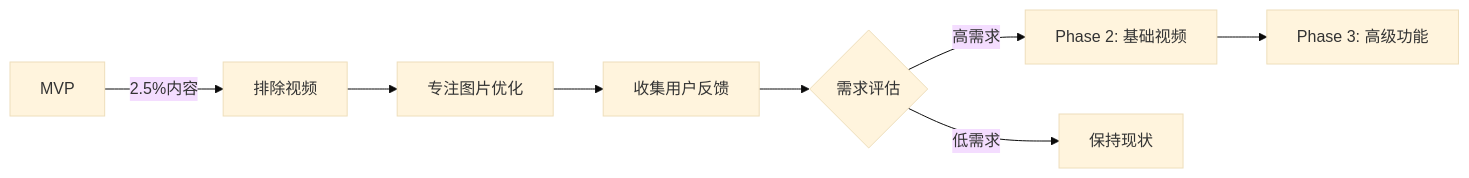
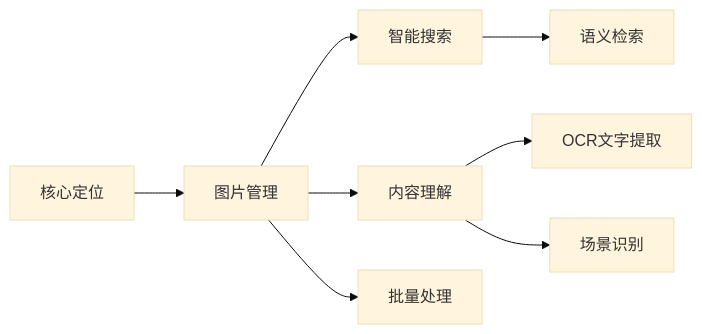
Before and after one commit to jasl/vibe_photos_v3: the diagram in blueprints/phase_final/research/OPTIMIZATION_SUMMARY.md, drawn with Mermaid (base theme). The commit also changed other lines of this file and 6 other files, not shown here.

````diff
--- a/blueprints/phase_final/research/OPTIMIZATION_SUMMARY.md
+++ b/blueprints/phase_final/research/OPTIMIZATION_SUMMARY.md
@@ -72,10 +70,10 @@
 ```mermaid
 graph LR
-    A[MVP] -->|2.5%内容| B[排除视频]
-    B --> C[专注图片优化]
-    C --> D[收集用户反馈]
-    D --> E{需求评估}
-    E -->|高需求| F[Phase 2: 基础视频]
-    E -->|低需求| G[保持现状]
-    F --> H[Phase 3: 高级功能]
+    A[核心定位] --> B[图片管理]
+    B --> C[智能搜索]
+    B --> D[内容理解]
+    B --> E[批量处理]
+    C --> F[语义检索]
+    D --> G[OCR文字提取]
+    D --> H[场景识别]
 ```
````
